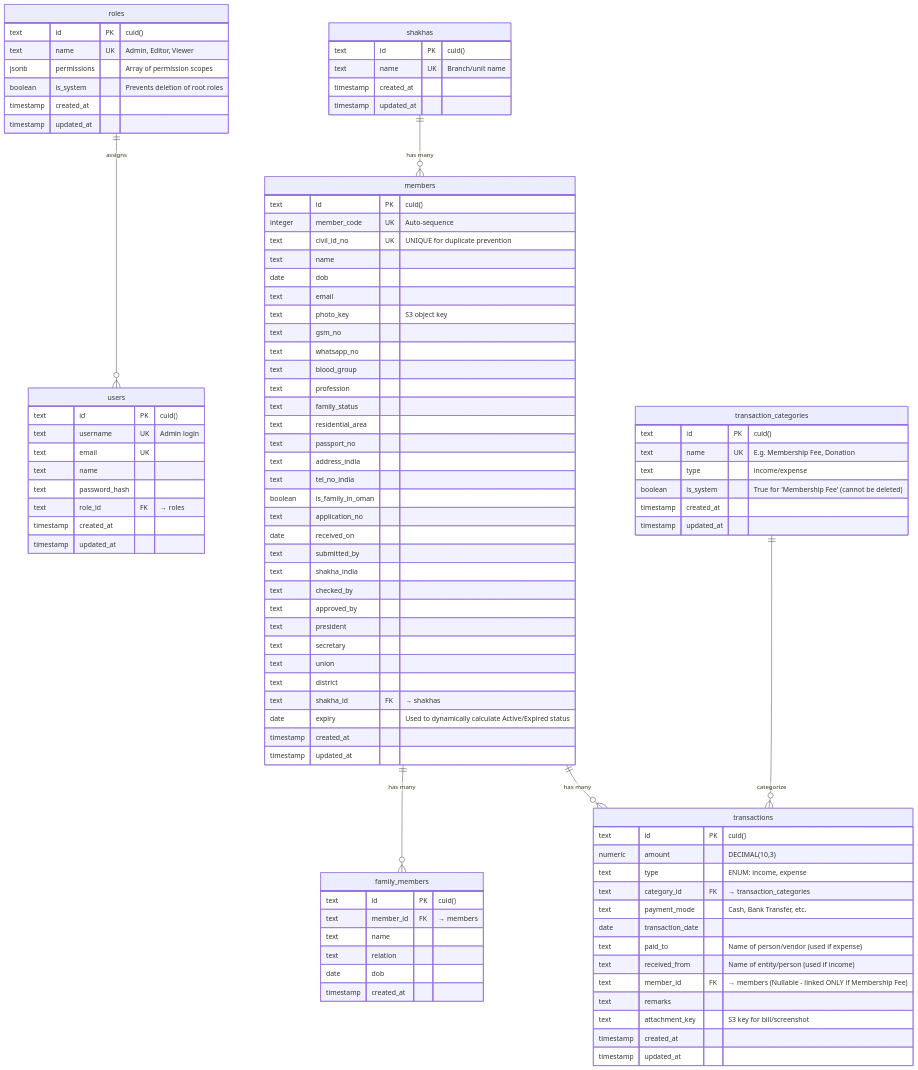
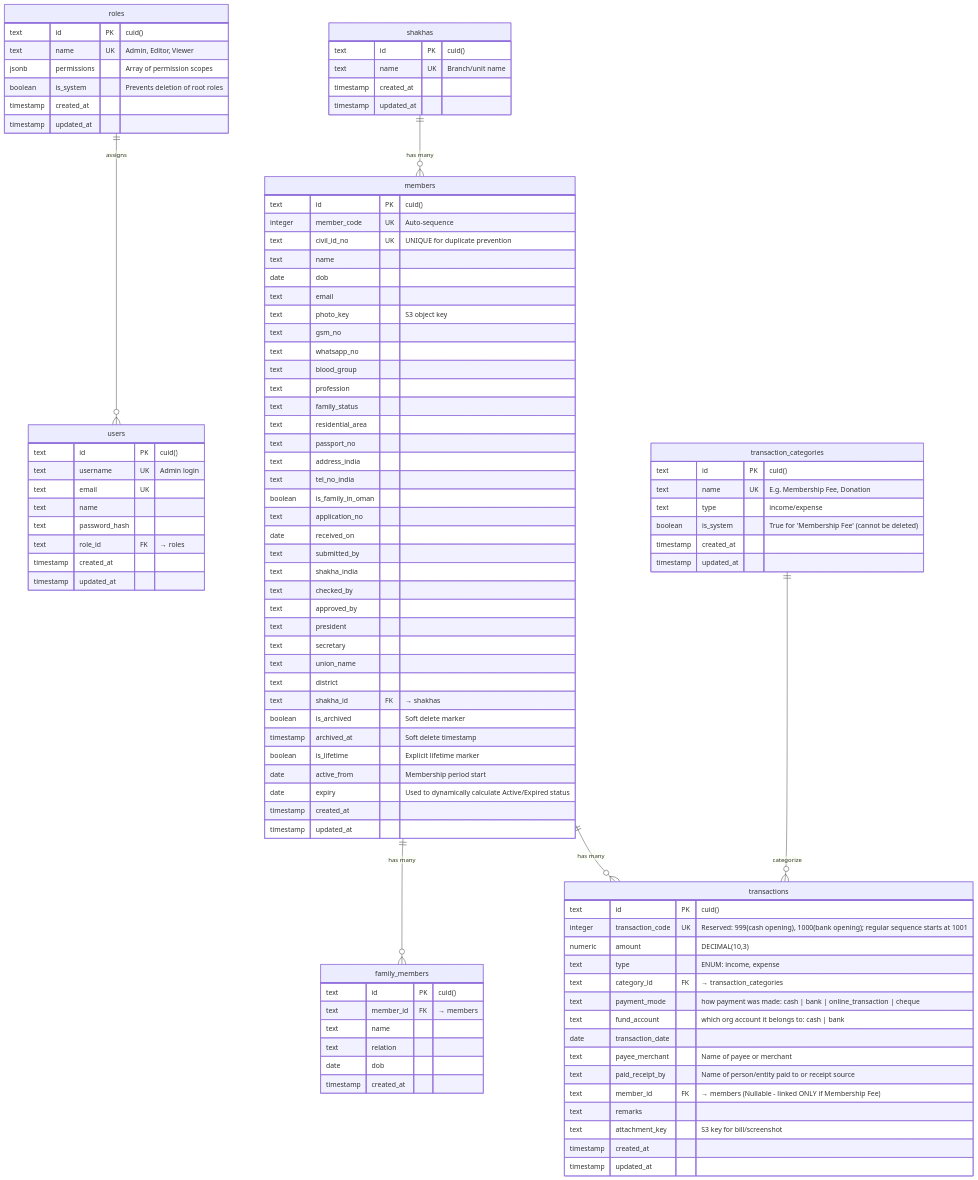
One commit to arshaddanish/sndp-salalah changed the diagram in docs/DATABASE.md. Above: the diagram before and after it, drawn with Mermaid. The commit also changed other lines of this file and 22 other files, not shown here.

```diff
--- a/docs/DATABASE.md
+++ b/docs/DATABASE.md
@@ -89,9 +107,13 @@
         text approved_by
         text president
         text secretary
-        text union
+        text union_name
         text district
         text shakha_id FK "→ shakhas"
+        boolean is_archived "Soft delete marker"
+        timestamp archived_at "Soft delete timestamp"
+        boolean is_lifetime "Explicit lifetime marker"
+        date active_from "Membership period start"
         date expiry "Used to dynamically calculate Active/Expired status"
         timestamp created_at
         timestamp updated_at
@@ -108,13 +130,15 @@
 
     transactions {
         text id PK "cuid()"
+        integer transaction_code UK "Reserved: 999(cash opening), 1000(bank opening); regular sequence starts at 1001"
         numeric amount "DECIMAL(10,3)"
         text type "ENUM: income, expense"
         text category_id FK "→ transaction_categories"
-        text payment_mode "Cash, Bank Transfer, etc."
+        text payment_mode "how payment was made: cash | bank | online_transaction | cheque"
+        text fund_account "which org account it belongs to: cash | bank"
         date transaction_date
-        text paid_to "Name of person/vendor (used if expense)"
-        text received_from "Name of entity/person (used if income)"
+        text payee_merchant "Name of payee or merchant"
+        text paid_receipt_by "Name of person/entity paid to or receipt source"
         text member_id FK "→ members (Nullable - linked ONLY if Membership Fee)"
         text remarks
         text attachment_key "S3 key for bill/screenshot"
```
